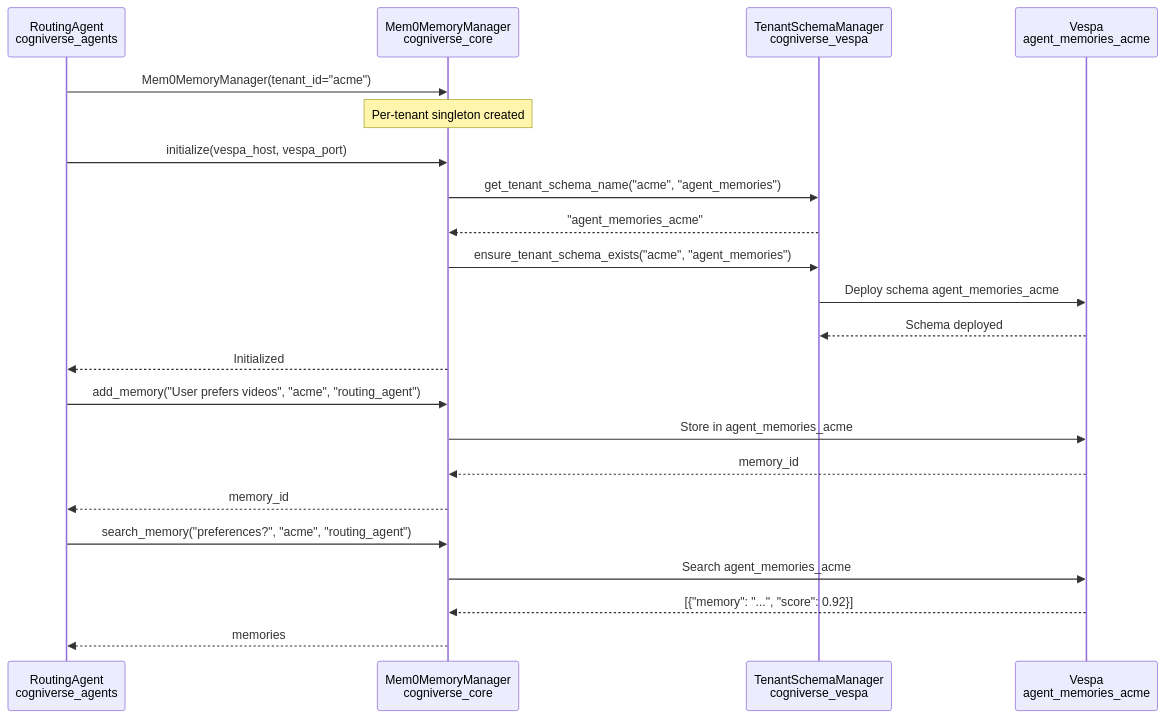
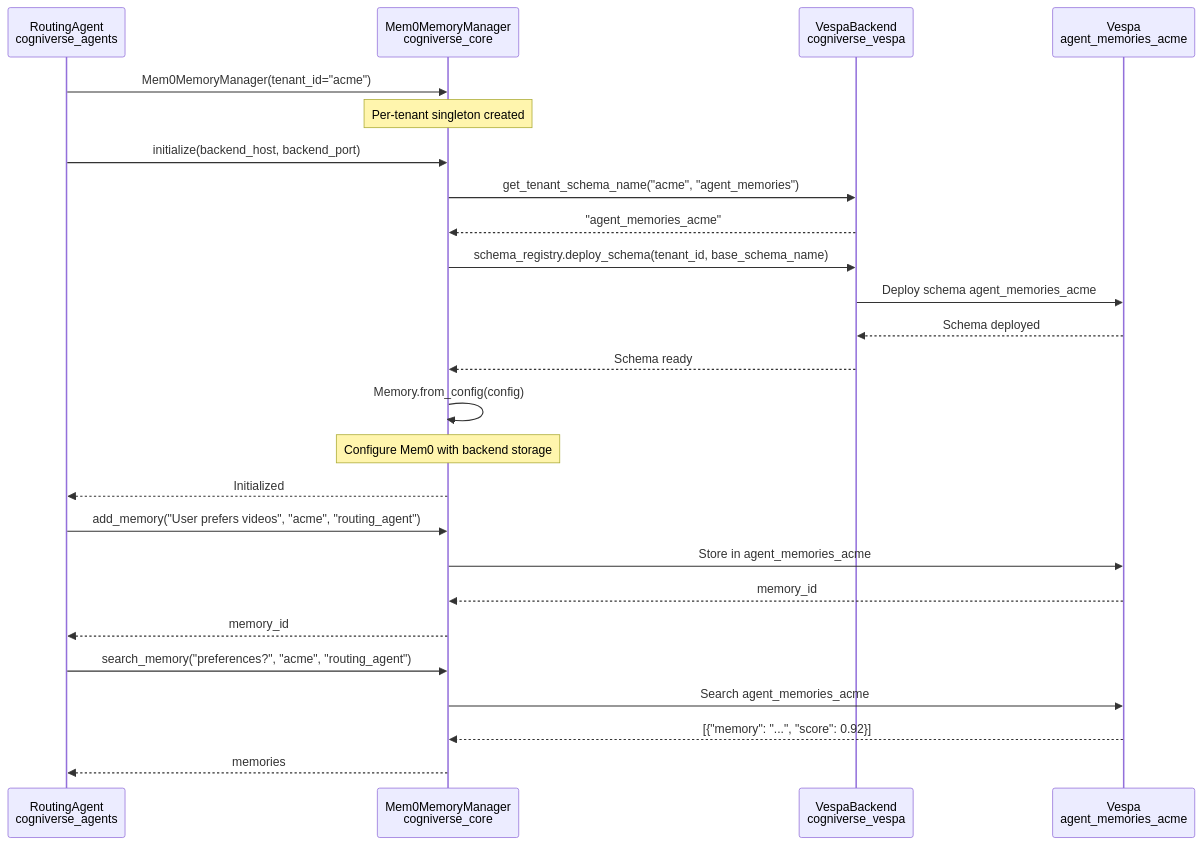
The fourth of 4 diagrams in docs/modules/common.md (amit-jain/cogniverse), drawn with Mermaid before and after one commit. The commit also changed other lines of this file and 83 other files, not shown here.

First line of the commit message:
Fix documentation veracity, formatting, and diagrams across all modules

````diff
--- a/docs/modules/common.md
+++ b/docs/modules/common.md
@@ -667,28 +582,31 @@
 ```mermaid
 sequenceDiagram
     participant Agent as RoutingAgent<br/>cogniverse_agents
     participant MemMgr as Mem0MemoryManager<br/>cogniverse_core
-    participant SchMgr as TenantSchemaManager<br/>cogniverse_vespa
+    participant Backend as VespaBackend<br/>cogniverse_vespa
     participant Vespa as Vespa<br/>agent_memories_acme
 
     Agent->>MemMgr: Mem0MemoryManager(tenant_id="acme")
     Note over MemMgr: Per-tenant singleton created
 
-    Agent->>MemMgr: initialize(vespa_host, vespa_port)
-    MemMgr->>SchMgr: get_tenant_schema_name("acme", "agent_memories")
-    SchMgr-->>MemMgr: "agent_memories_acme"
-    MemMgr->>SchMgr: ensure_tenant_schema_exists("acme", "agent_memories")
-    SchMgr->>Vespa: Deploy schema agent_memories_acme
-    Vespa-->>SchMgr: Schema deployed
+    Agent->>MemMgr: initialize(backend_host, backend_port)
+    MemMgr->>Backend: get_tenant_schema_name("acme", "agent_memories")
+    Backend-->>MemMgr: "agent_memories_acme"
+    MemMgr->>Backend: schema_registry.deploy_schema(tenant_id, base_schema_name)
+    Backend->>Vespa: Deploy schema agent_memories_acme
+    Vespa-->>Backend: Schema deployed
+    Backend-->>MemMgr: Schema ready
+    MemMgr->>MemMgr: Memory.from_config(config)
+    Note over MemMgr: Configure Mem0 with backend storage
     MemMgr-->>Agent: Initialized
 
     Agent->>MemMgr: add_memory("User prefers videos", "acme", "routing_agent")
     MemMgr->>Vespa: Store in agent_memories_acme
     Vespa-->>MemMgr: memory_id
     MemMgr-->>Agent: memory_id
 
     Agent->>MemMgr: search_memory("preferences?", "acme", "routing_agent")
     MemMgr->>Vespa: Search agent_memories_acme
     Vespa-->>MemMgr: [{"memory": "...", "score": 0.92}]
     MemMgr-->>Agent: memories
 ```
````
